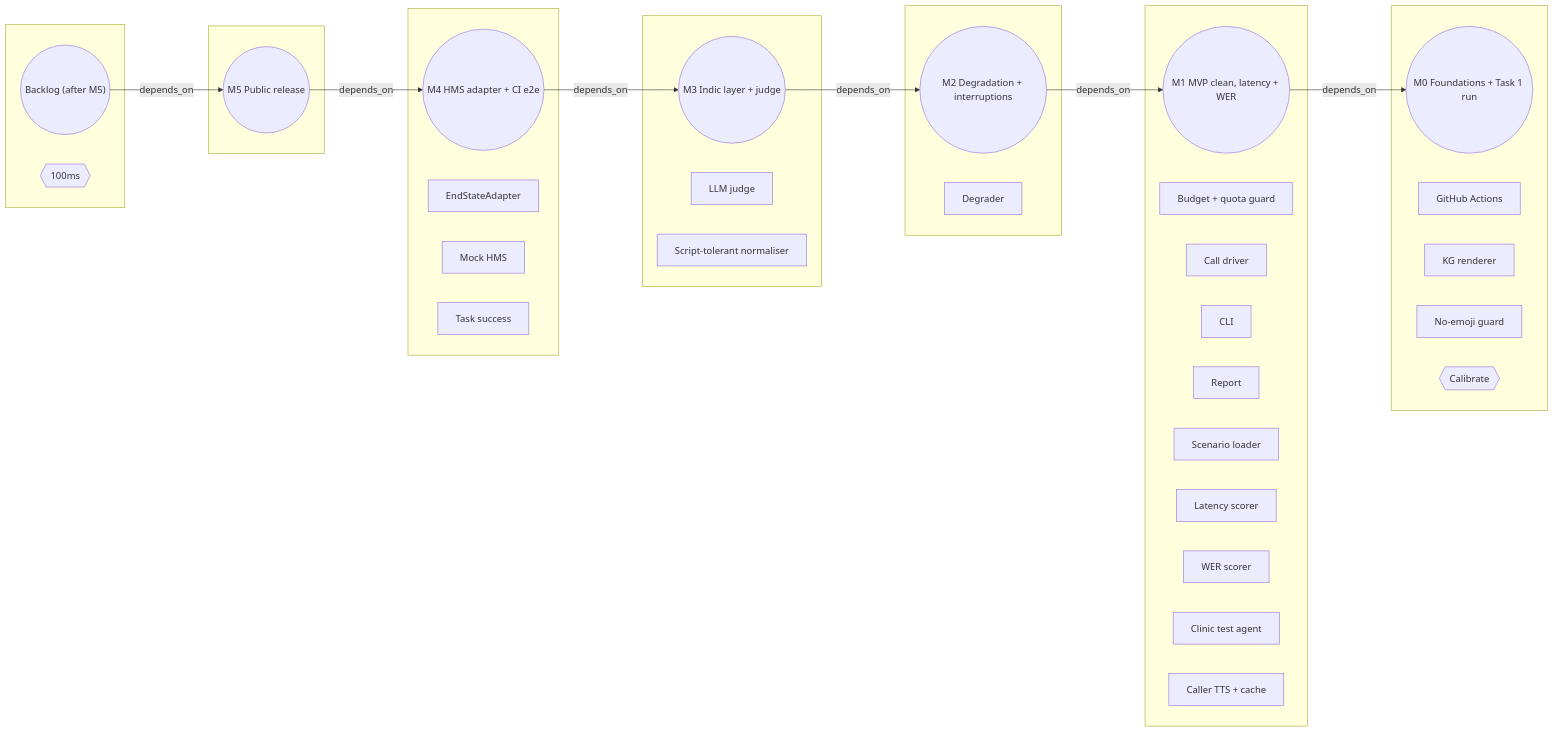
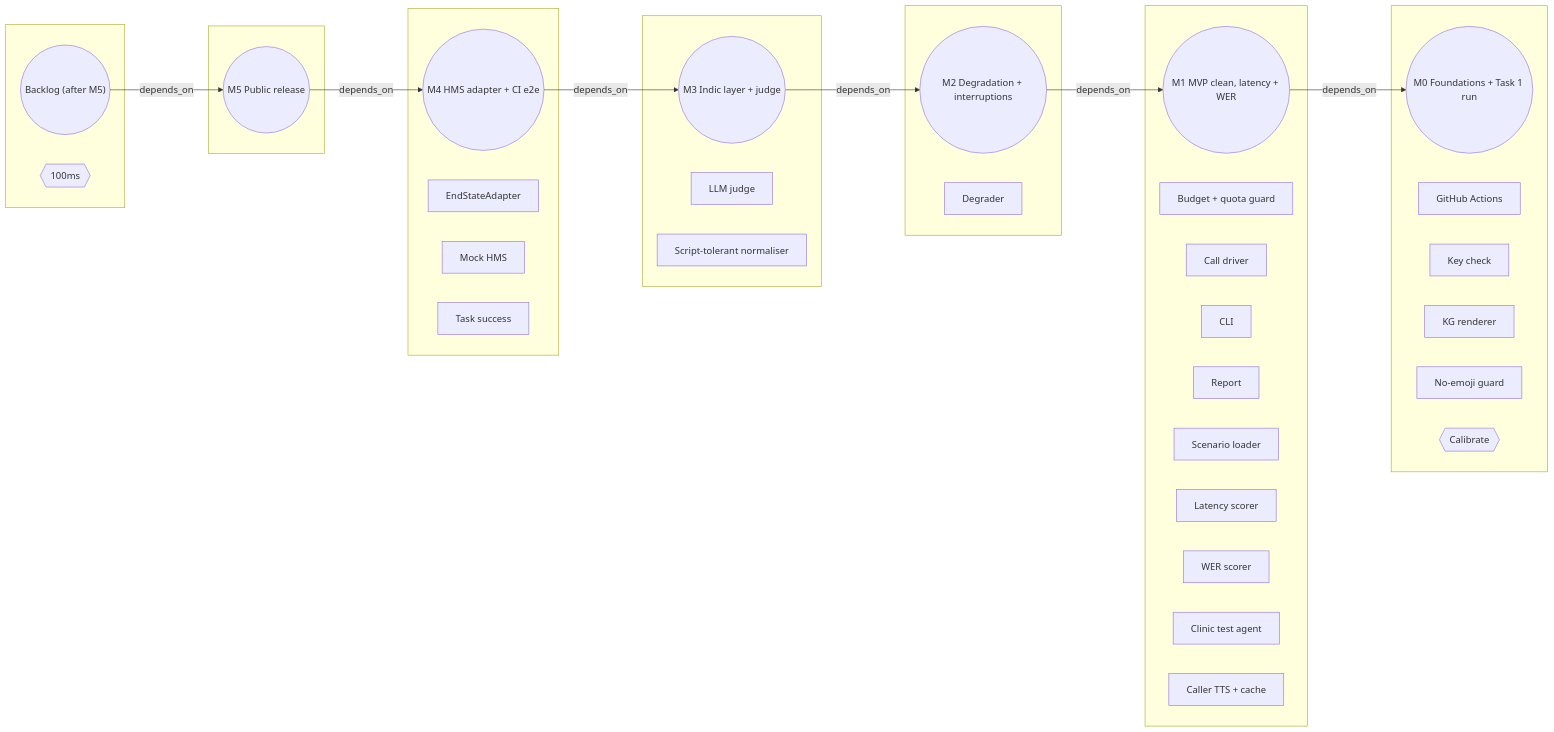
One commit to yatinannam/parakh changed the third of 3 diagrams in docs/kg/README.md. Above: the diagram before and after it, drawn with Mermaid. The commit also changed other lines of this file and 4 other files, not shown here.

Commit message:
feat(tools): add Groq key check and API key runbook

````diff
--- a/docs/kg/README.md
+++ b/docs/kg/README.md
@@ -173,50 +177,51 @@
 ```mermaid
 flowchart LR
   subgraph g_backlog[" "]
     backlog(("Backlog (after M5)"))
     x_100ms{{"100ms"}}
   end
   subgraph g_m0[" "]
     m0(("M0 Foundations + Task 1 run"))
     ci["GitHub Actions"]
+    t_check_keys["Key check"]
     t_kg_render["KG renderer"]
     t_no_emoji["No-emoji guard"]
     x_calibrate{{"Calibrate"}}
   end
   subgraph g_m1[" "]
     m1(("M1 MVP clean, latency + WER"))
     budget["Budget + quota guard"]
     call_driver["Call driver"]
     cli["CLI"]
     report["Report"]
     scenario["Scenario loader"]
     score_latency["Latency scorer"]
     score_wer["WER scorer"]
     test_agent["Clinic test agent"]
     tts_cache["Caller TTS + cache"]
   end
   subgraph g_m2[" "]
     m2(("M2 Degradation + interruptions"))
     degrader["Degrader"]
   end
   subgraph g_m3[" "]
     m3(("M3 Indic layer + judge"))
     judge["LLM judge"]
     normalizer["Script-tolerant normaliser"]
   end
   subgraph g_m4[" "]
     m4(("M4 HMS adapter + CI e2e"))
     end_state_adapter["EndStateAdapter"]
     mock_hms["Mock HMS"]
     score_task["Task success"]
   end
   subgraph g_m5[" "]
     m5(("M5 Public release"))
   end
   backlog -->|depends_on| m5
   m1 -->|depends_on| m0
   m2 -->|depends_on| m1
   m3 -->|depends_on| m2
   m4 -->|depends_on| m3
   m5 -->|depends_on| m4
 ```
````
